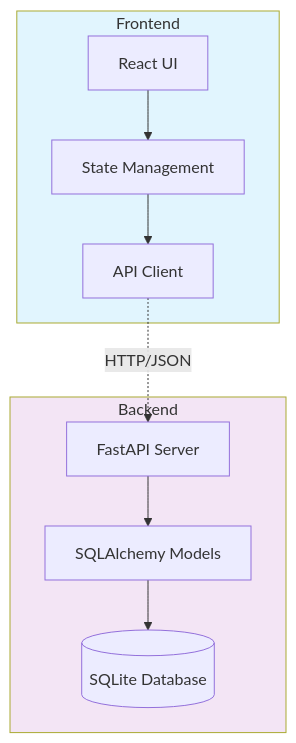
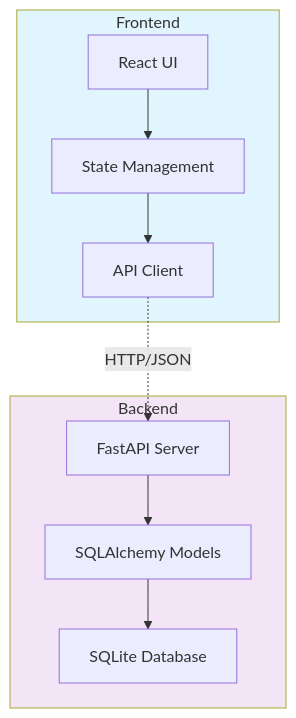
Before and after one commit to paulasilvatech/Mastery-AI-Apps-Dev: the diagram in modules/module-07/exercises/exercise1-todo-app/instructions/part1.md, drawn with Mermaid. The commit also changed 18 other files, not shown here.

Commit message:
Refactor diagram syntax in Module 07 documentation for consistency

````diff
--- a/modules/module-07/exercises/exercise1-todo-app/instructions/part1.md
+++ b/modules/module-07/exercises/exercise1-todo-app/instructions/part1.md
@@ -32,23 +32,23 @@
 ```mermaid
 graph TB
     subgraph Frontend
         UI[React UI]
         State[State Management]
         API[API Client]
     end
     
     subgraph Backend
         FastAPI[FastAPI Server]
         Models[SQLAlchemy Models]
-        DB[(SQLite Database)]
+        DB[SQLite Database]
     end
     
     UI --> State
     State --> API
     API -.HTTP/JSON.-> FastAPI
     FastAPI --> Models
     Models --> DB
     
     style Frontend fill:#e1f5fe
     style Backend fill:#f3e5f5
 ```
````
